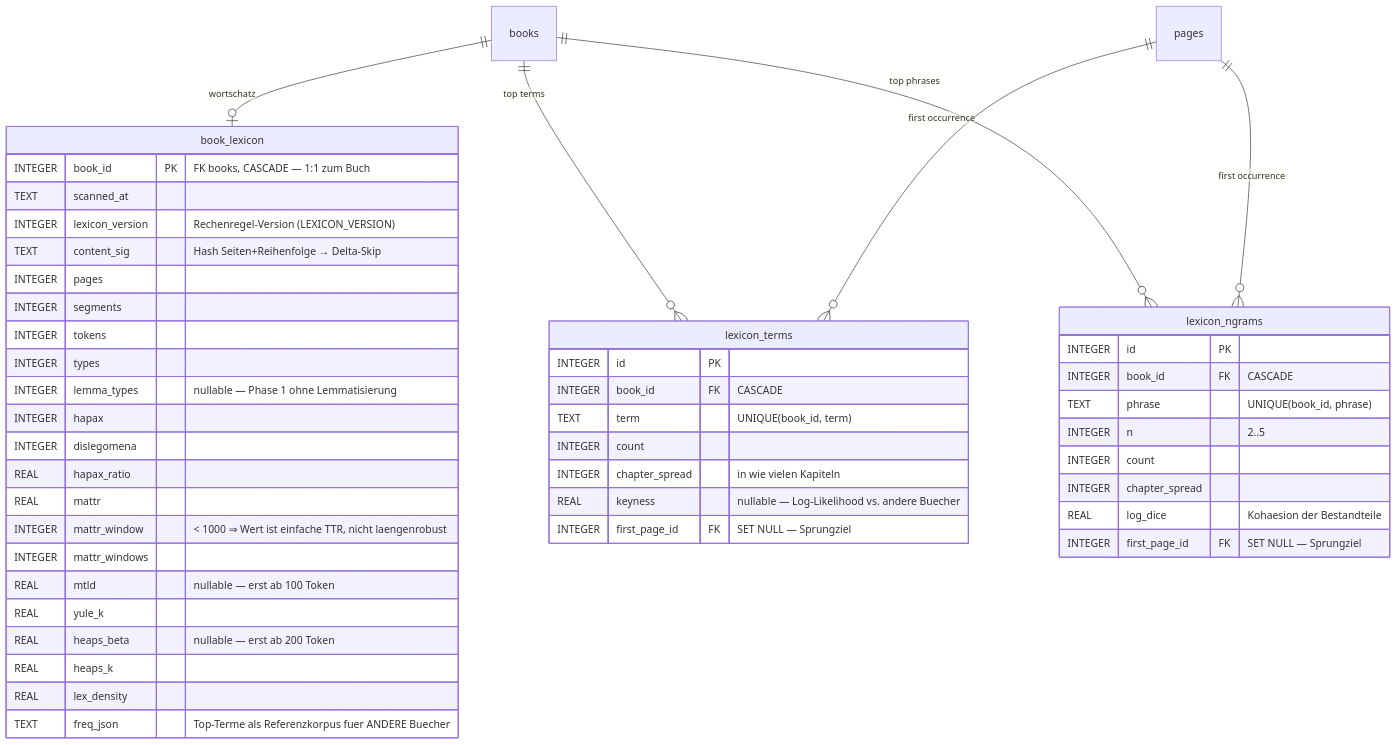
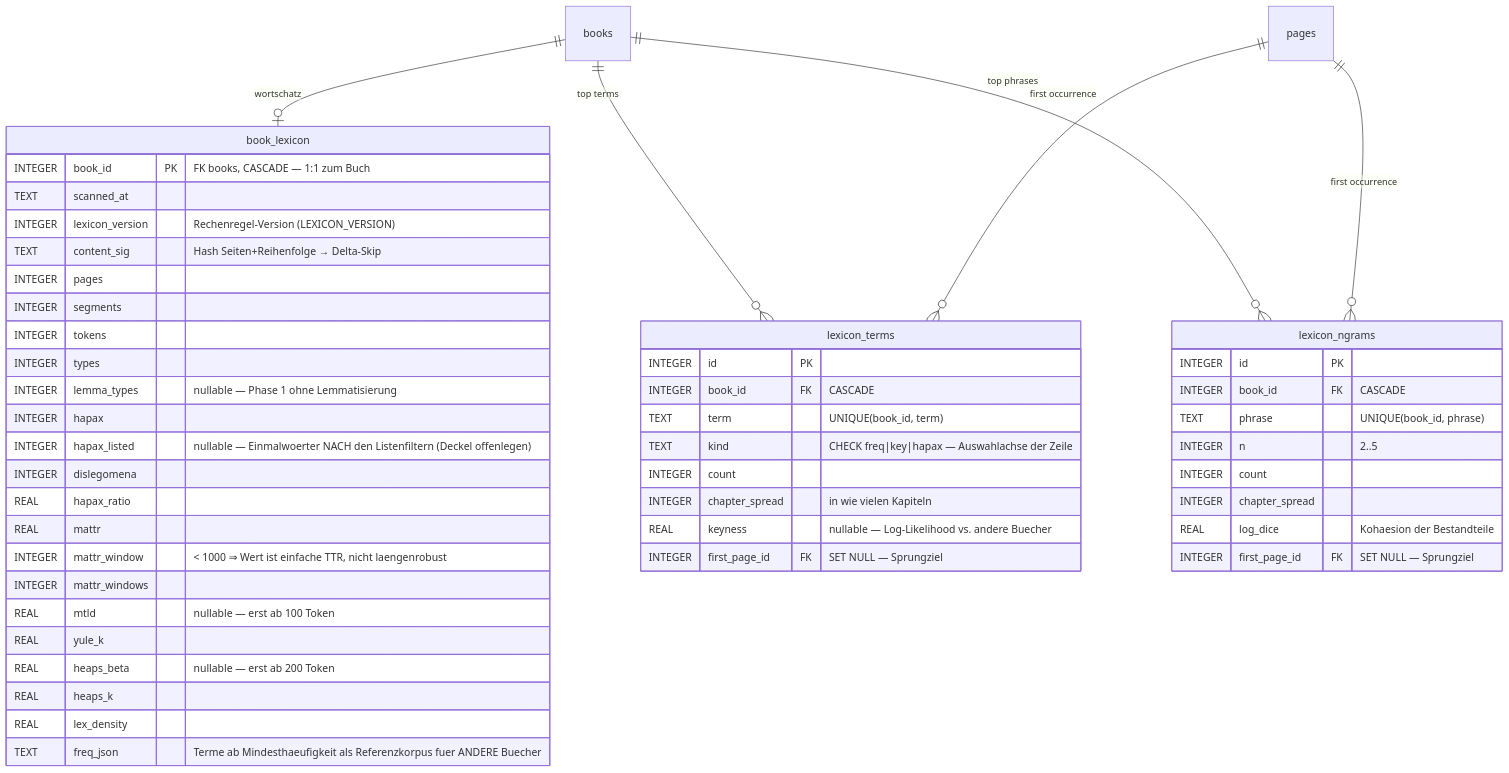
One commit to bedeberger/bookstack-lektorat changed the eighth of 8 diagrams in docs/erd.md. Above: the diagram before and after it, drawn with Mermaid. The commit also changed other lines of this file and 26 other files, not shown here.

````diff
--- a/docs/erd.md
+++ b/docs/erd.md
@@ -1971,50 +1971,52 @@
 ```mermaid
 erDiagram
   book_lexicon {
     INTEGER book_id         PK "FK books, CASCADE — 1:1 zum Buch"
     TEXT    scanned_at
     INTEGER lexicon_version     "Rechenregel-Version (LEXICON_VERSION)"
     TEXT    content_sig         "Hash Seiten+Reihenfolge → Delta-Skip"
     INTEGER pages
     INTEGER segments
     INTEGER tokens
     INTEGER types
     INTEGER lemma_types         "nullable — Phase 1 ohne Lemmatisierung"
     INTEGER hapax
+    INTEGER hapax_listed        "nullable — Einmalwoerter NACH den Listenfiltern (Deckel offenlegen)"
     INTEGER dislegomena
     REAL    hapax_ratio
     REAL    mattr
     INTEGER mattr_window        "< 1000 ⇒ Wert ist einfache TTR, nicht laengenrobust"
     INTEGER mattr_windows
     REAL    mtld                "nullable — erst ab 100 Token"
     REAL    yule_k
     REAL    heaps_beta          "nullable — erst ab 200 Token"
     REAL    heaps_k
     REAL    lex_density
-    TEXT    freq_json           "Top-Terme als Referenzkorpus fuer ANDERE Buecher"
+    TEXT    freq_json           "Terme ab Mindesthaeufigkeit als Referenzkorpus fuer ANDERE Buecher"
   }
   lexicon_terms {
     INTEGER id             PK
     INTEGER book_id        FK "CASCADE"
     TEXT    term               "UNIQUE(book_id, term)"
+    TEXT    kind               "CHECK freq|key|hapax — Auswahlachse der Zeile"
     INTEGER count
     INTEGER chapter_spread     "in wie vielen Kapiteln"
     REAL    keyness            "nullable — Log-Likelihood vs. andere Buecher"
     INTEGER first_page_id  FK "SET NULL — Sprungziel"
   }
   lexicon_ngrams {
     INTEGER id             PK
     INTEGER book_id        FK "CASCADE"
     TEXT    phrase             "UNIQUE(book_id, phrase)"
     INTEGER n                  "2..5"
     INTEGER count
     INTEGER chapter_spread
     REAL    log_dice           "Kohaesion der Bestandteile"
     INTEGER first_page_id  FK "SET NULL — Sprungziel"
   }
   books ||--o| book_lexicon   : "wortschatz"
   books ||--o{ lexicon_terms  : "top terms"
   books ||--o{ lexicon_ngrams : "top phrases"
   pages ||--o{ lexicon_terms  : "first occurrence"
   pages ||--o{ lexicon_ngrams : "first occurrence"
 ```
````
